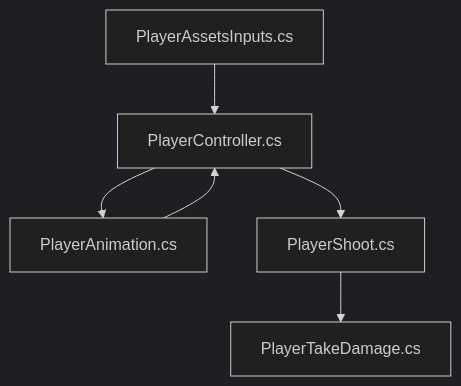
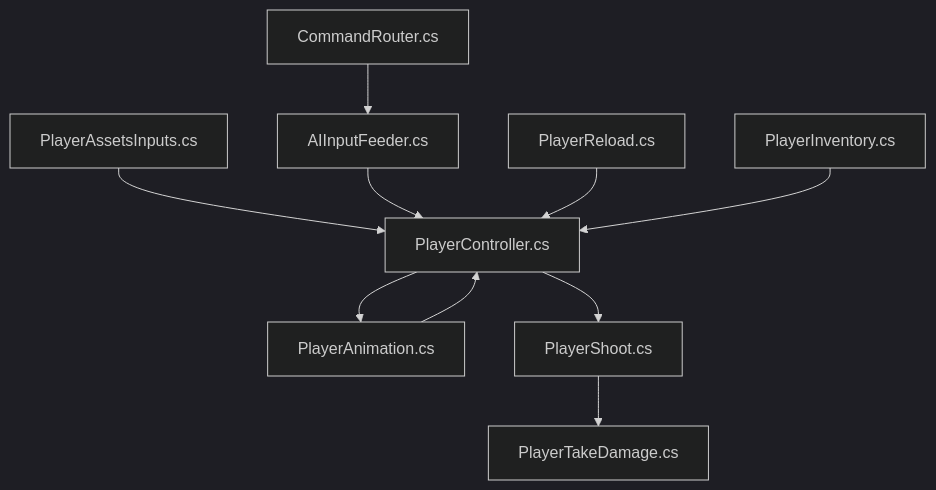
Diagram 11 of 11 in .qoder/repowiki/en/content/Player System/Player System.md (kandeng/openclaw_battle_game), drawn with Mermaid (dark theme) before and after one commit. The commit also changed other lines of this file and 20 other files, not shown here.

````diff
--- a/.qoder/repowiki/en/content/Player System/Player System.md
+++ b/.qoder/repowiki/en/content/Player System/Player System.md
@@ -364,8 +479,12 @@
 ```mermaid
 graph TB
 Inputs["PlayerAssetsInputs.cs"] --> Controller["PlayerController.cs"]
 Controller --> Anim["PlayerAnimation.cs"]
 Controller --> Shoot["PlayerShoot.cs"]
 Shoot --> Damage["PlayerTakeDamage.cs"]
 Anim --> Controller
+CmdRouter["CommandRouter.cs"] --> AIInput["AIInputFeeder.cs"]
+AIInput --> Controller
+PReload["PlayerReload.cs"] --> Controller
+PInv["PlayerInventory.cs"] --> Controller
 ```
````
